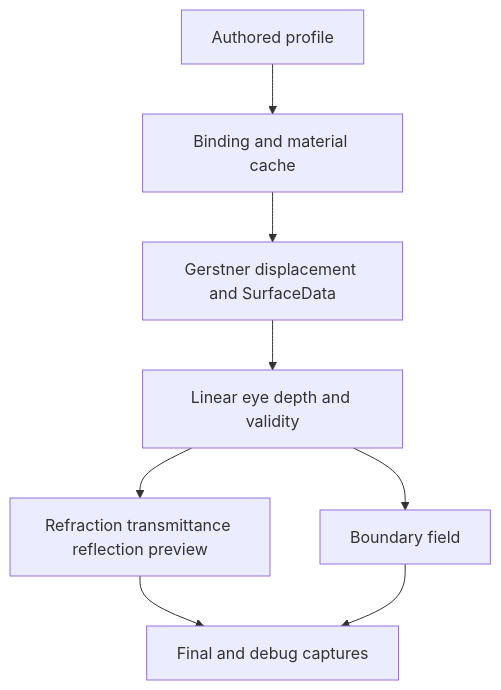
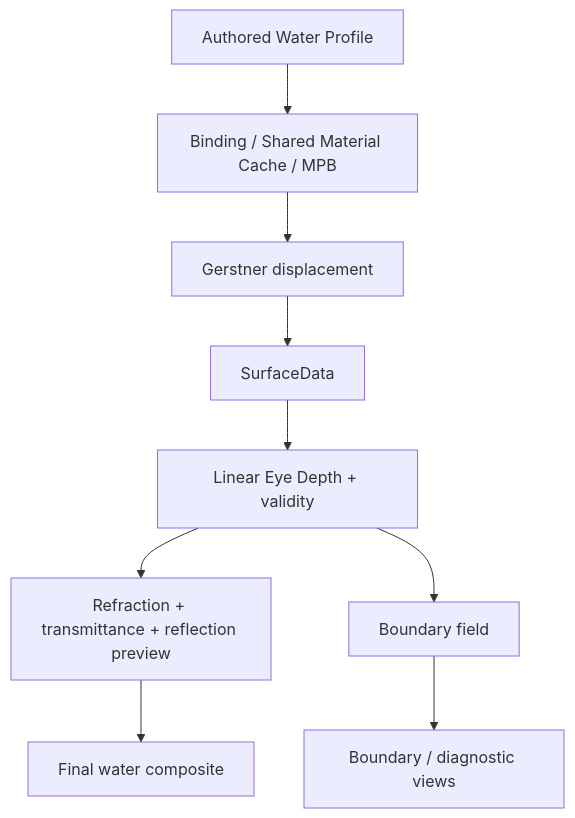
Before and after one commit to lilith-techart/FluidMatter-Water: the diagram in README.md, drawn with Mermaid. The commit also changed other lines of this file, not shown here.

````diff
--- a/README.md
+++ b/README.md
@@ -28,10 +37,11 @@
-```mermaid
+~~~mermaid
 flowchart TD
-    Profile[Authored profile] --> Binding[Binding and material cache]
-    Binding --> Wave[Gerstner displacement and SurfaceData]
-    Wave --> Depth[Linear eye depth and validity]
-    Depth --> Optics[Refraction transmittance reflection preview]
+    Profile[Authored Water Profile] --> Binding[Binding / Shared Material Cache / MPB]
+    Binding --> Wave[Gerstner displacement]
+    Wave --> Surface[SurfaceData]
+    Surface --> Depth[Linear Eye Depth + validity]
+    Depth --> Optics[Refraction + transmittance + reflection preview]
     Depth --> Boundary[Boundary field]
-    Optics --> Evidence[Final and debug captures]
-    Boundary --> Evidence
-```
+    Optics --> Composite[Final water composite]
+    Boundary --> Debug[Boundary / diagnostic views]
+~~~
````
